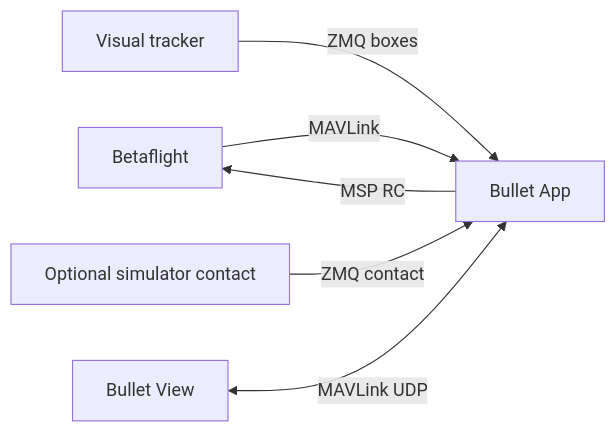
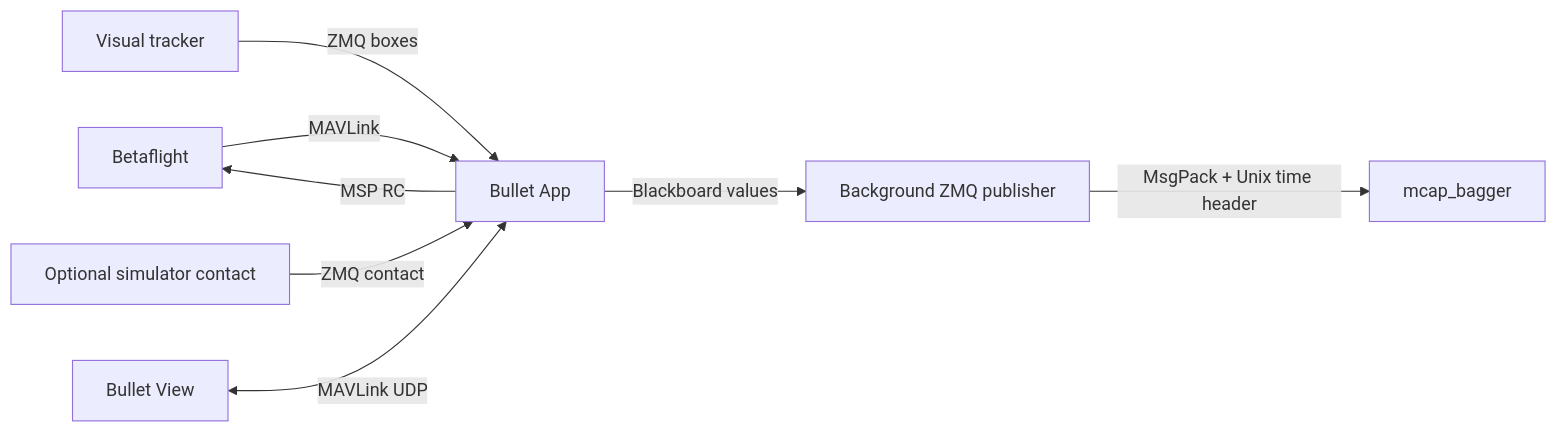
One commit to mayaboker/bullet_app changed the diagram in README.md. Above: the diagram before and after it, drawn with Mermaid. The commit also changed other lines of this file and 16 other files, not shown here.

````diff
--- a/README.md
+++ b/README.md
@@ -18,8 +19,10 @@
 ```mermaid
 flowchart LR
     FC[Betaflight] -->|MAVLink| App[Bullet App]
     Tracker[Visual tracker] -->|ZMQ boxes| App
     Sim[Optional simulator contact] -->|ZMQ contact| App
+    App -->|Blackboard values| Publisher[Background ZMQ publisher]
+    Publisher -->|MsgPack + Unix time header| Bagger[mcap_bagger]
     View[Bullet View] <-->|MAVLink UDP| App
     App -->|MSP RC| FC
 ```
````
